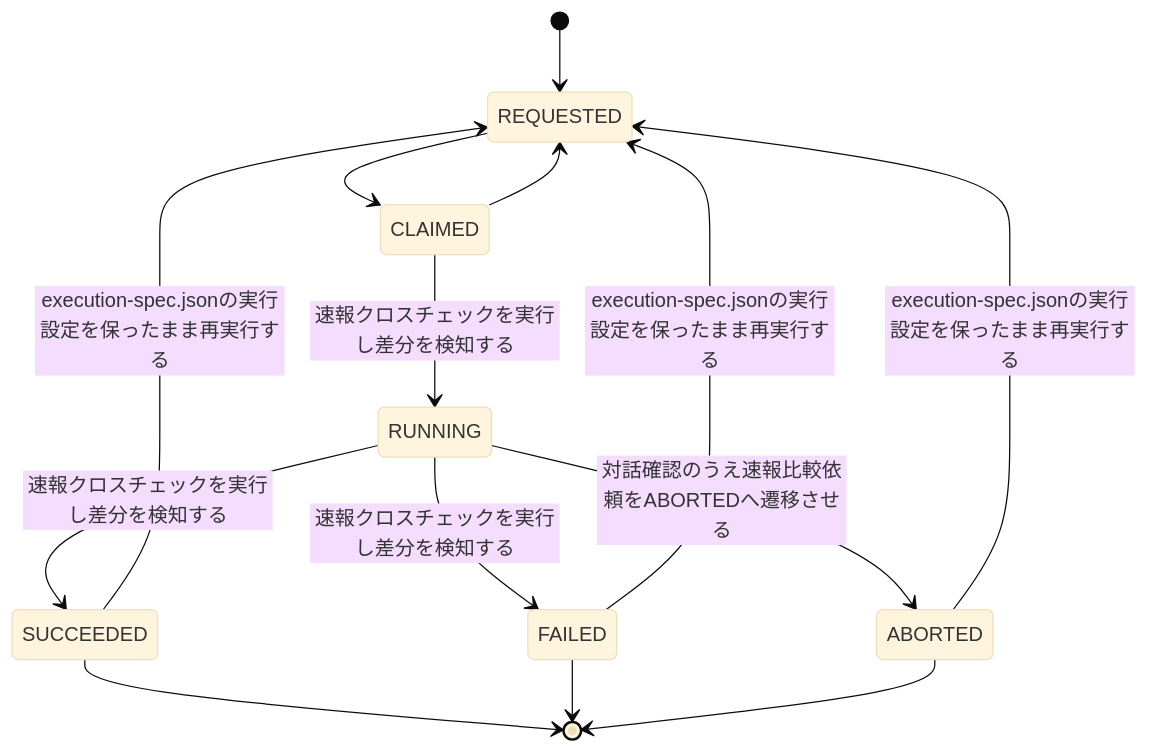
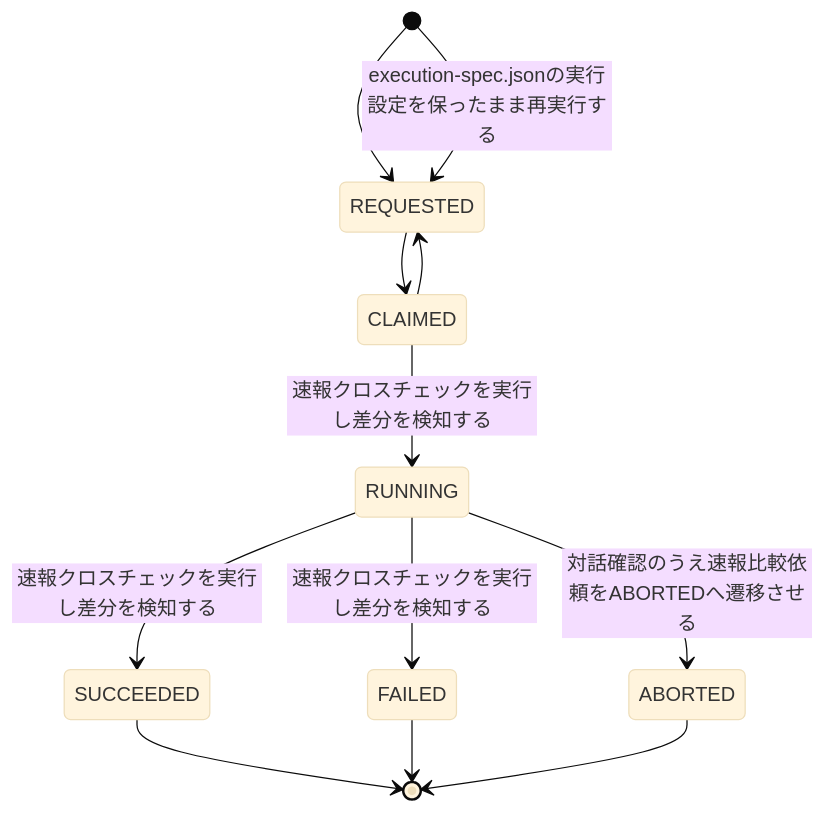
One commit to suwa-sh/relay-gate changed the second of 3 diagrams in docs/rdra/latest/views/06_状態モデル.md. Above: the diagram before and after it, drawn with Mermaid (base theme). The commit also changed other lines of this file and 972 other files, not shown here.

````diff
--- a/docs/rdra/latest/views/06_状態モデル.md
+++ b/docs/rdra/latest/views/06_状態モデル.md
@@ -44,22 +56,20 @@
 ```mermaid
 stateDiagram-v2
   s1 : REQUESTED
   s2 : CLAIMED
   s3 : RUNNING
   s4 : SUCCEEDED
   s5 : FAILED
   s6 : ABORTED
   [*] --> s1
   s1 --> s2
   s2 --> s1
   s2 --> s3 : 速報クロスチェックを実行し差分を検知する
   s3 --> s4 : 速報クロスチェックを実行し差分を検知する
   s3 --> s5 : 速報クロスチェックを実行し差分を検知する
   s3 --> s6 : 対話確認のうえ速報比較依頼をABORTEDへ遷移させる
-  s4 --> s1 : execution-spec.jsonの実行設定を保ったまま再実行する
-  s5 --> s1 : execution-spec.jsonの実行設定を保ったまま再実行する
-  s6 --> s1 : execution-spec.jsonの実行設定を保ったまま再実行する
   s4 --> [*]
   s5 --> [*]
   s6 --> [*]
+  [*] --> s1 : execution-spec.jsonの実行設定を保ったまま再実行する
 ```
````
